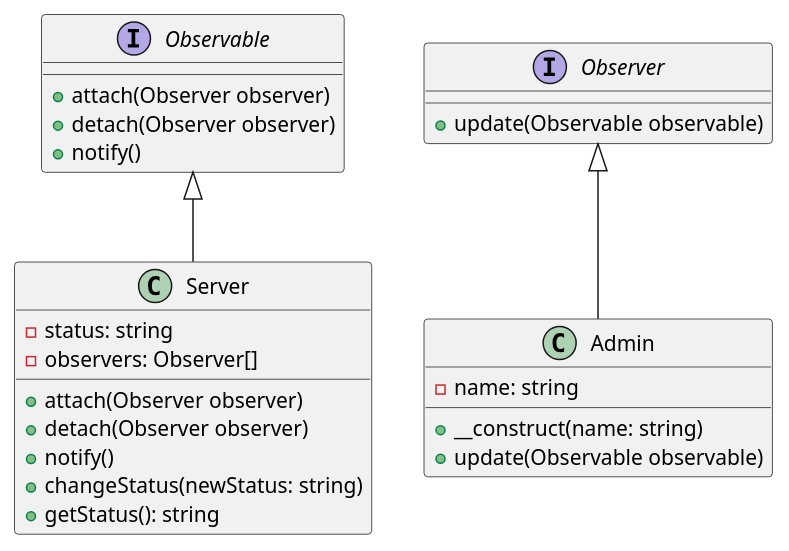
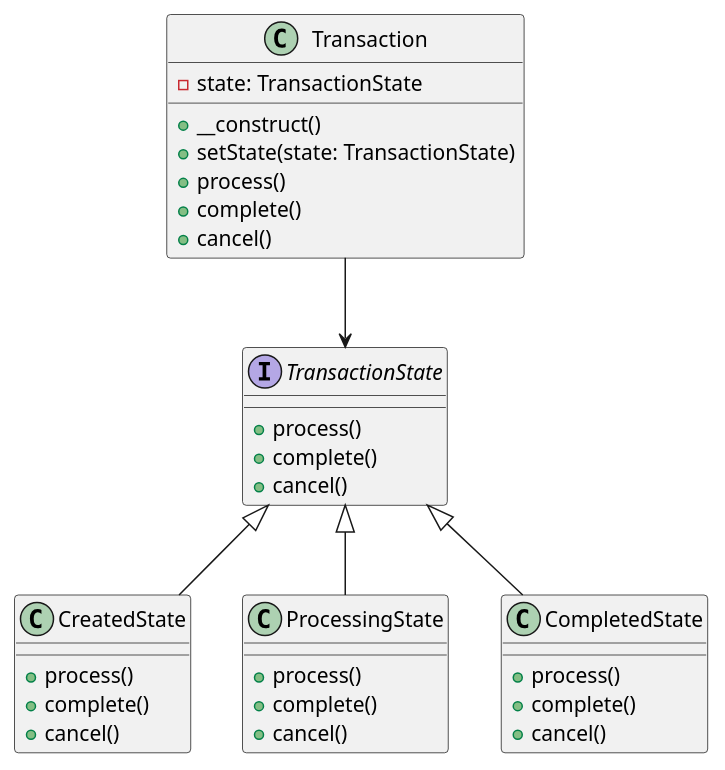
The diagram in klassifikaciya-patternov/povedencheskie-patterny-behavioral-patterns/sostoyanie-state/primery/obrabotka-sostoyanii-tranzakcii-v-bankovskoi-sisteme/php.md (andrewovchinnikov/design-patterns), drawn with PlantUML before and after one commit. The commit also changed other lines of this file and 155 other files, not shown here.

````diff
--- a/klassifikaciya-patternov/povedencheskie-patterny-behavioral-patterns/sostoyanie-state/primery/obrabotka-sostoyanii-tranzakcii-v-bankovskoi-sisteme/php.md
+++ b/klassifikaciya-patternov/povedencheskie-patterny-behavioral-patterns/sostoyanie-state/primery/obrabotka-sostoyanii-tranzakcii-v-bankovskoi-sisteme/php.md
@@ -118,34 +136,41 @@
 ```plantuml
 @startuml
-
-interface Observable {
-    +attach(Observer observer)
-    +detach(Observer observer)
-    +notify()
+interface TransactionState {
+    +process()
+    +complete()
+    +cancel()
 }
 
-interface Observer {
-    +update(Observable observable)
+class CreatedState {
+    +process()
+    +complete()
+    +cancel()
 }
 
-class Server {
-    -status: string
-    -observers: Observer[]
-    +attach(Observer observer)
-    +detach(Observer observer)
-    +notify()
-    +changeStatus(newStatus: string)
-    +getStatus(): string
+class ProcessingState {
+    +process()
+    +complete()
+    +cancel()
 }
 
-class Admin {
-    -name: string
-    +__construct(name: string)
-    +update(Observable observable)
+class CompletedState {
+    +process()
+    +complete()
+    +cancel()
 }
 
-Observable <|-- Server
-Observer <|-- Admin
+class Transaction {
+    -state: TransactionState
+    +__construct()
+    +setState(state: TransactionState)
+    +process()
+    +complete()
+    +cancel()
+}
 
+TransactionState <|-- CreatedState
+TransactionState <|-- ProcessingState
+TransactionState <|-- CompletedState
+Transaction --> TransactionState
 @enduml
 ```
````
